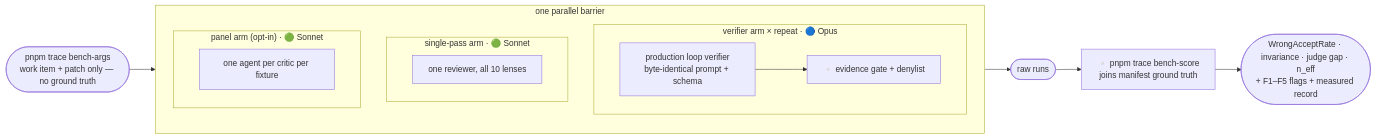
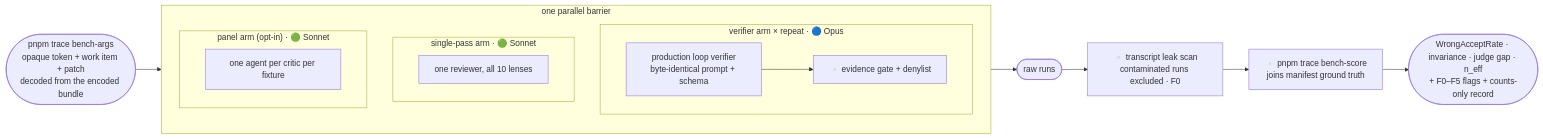
One commit to dominno/loop-setup changed the seventh of 7 diagrams in docs/workflow-graphs.md. Above: the diagram before and after it, drawn with Mermaid. The commit also changed 23 other files, not shown here.

````diff
--- a/docs/workflow-graphs.md
+++ b/docs/workflow-graphs.md
@@ -151,18 +151,19 @@
 ```mermaid
 flowchart LR
-  args([pnpm trace bench-args<br/>work item + patch only — no ground truth]) --> T
+  args([pnpm trace bench-args<br/>opaque token + work item + patch<br/>decoded from the encoded bundle]) --> T
   subgraph T["one parallel barrier"]
     subgraph VA["verifier arm × repeat · 🔵 Opus"]
       va[production loop verifier<br/>byte-identical prompt + schema] --> vg[▫️ evidence gate + denylist]
     end
     subgraph SA["single-pass arm · 🟢 Sonnet"]
       sp[one reviewer, all 10 lenses]
     end
     subgraph PA["panel arm (opt-in) · 🟢 Sonnet"]
       pc[one agent per critic per fixture]
     end
   end
   T --> runs([raw runs])
-  runs --> score[▫️ pnpm trace bench-score<br/>joins manifest ground truth]
-  score --> rep([WrongAcceptRate · invariance · judge gap · n_eff<br/>+ F1–F5 flags + measured record])
+  runs --> scan[▫️ transcript leak scan<br/>contaminated runs excluded · F0]
+  scan --> score[▫️ pnpm trace bench-score<br/>joins manifest ground truth]
+  score --> rep([WrongAcceptRate · invariance · judge gap · n_eff<br/>+ F0–F5 flags + counts-only record])
 ```
````
